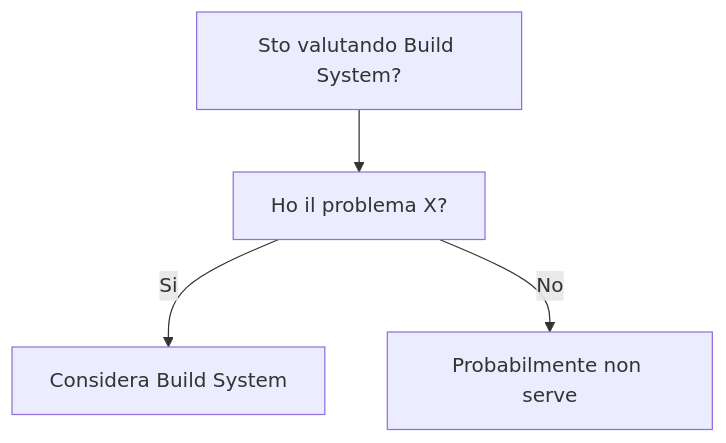
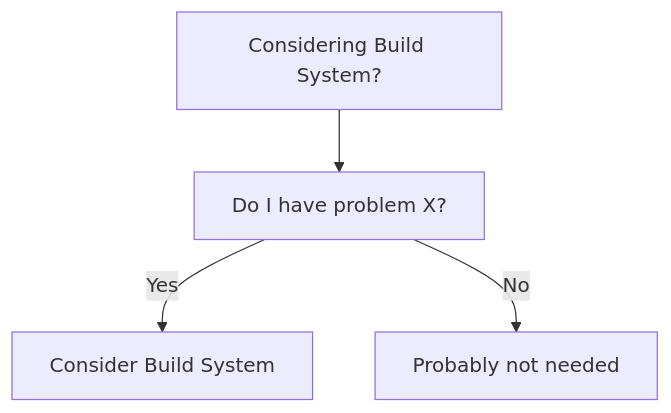
The diagram in dev-wiki/14_Languages/C/Build_System/When_To_Use.md (HxT9/Software-Dev-Wiki), drawn with Mermaid before and after one commit. The commit also changed other lines of this file and 3444 other files, not shown here.

````diff
--- a/dev-wiki/14_Languages/C/Build_System/When_To_Use.md
+++ b/dev-wiki/14_Languages/C/Build_System/When_To_Use.md
@@ -19,6 +19,6 @@
 ```mermaid
 flowchart TD
-  Q[Sto valutando Build System?] --> Q1[Ho il problema X?]
-  Q1 -->|Si| OK[Considera Build System]
-  Q1 -->|No| NO[Probabilmente non serve]
+  Q[Considering Build System?] --> Q1[Do I have problem X?]
+  Q1 -->|Yes| OK[Consider Build System]
+  Q1 -->|No| NO[Probably not needed]
 ```
````
